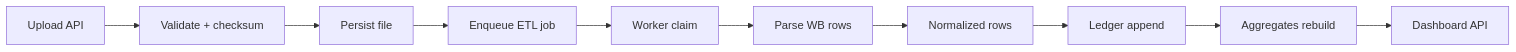
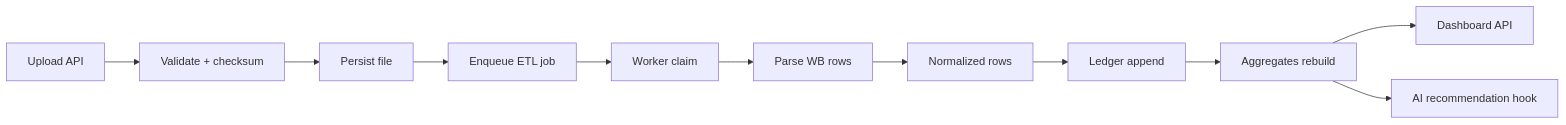
The first of 8 diagrams in README.md (zuzinamd-creator/AIplatform_for_marketplace_analytics), drawn with Mermaid before and after one commit. The commit also changed other lines of this file and 5 other files, not shown here.

````diff
--- a/README.md
+++ b/README.md
@@ -65,12 +95,13 @@
 ```mermaid
 flowchart LR
   A[Upload API] --> B[Validate + checksum]
   B --> C[Persist file]
   C --> D[Enqueue ETL job]
   D --> E[Worker claim]
   E --> F[Parse WB rows]
   F --> G[Normalized rows]
   G --> H[Ledger append]
   H --> I[Aggregates rebuild]
   I --> J[Dashboard API]
+  I --> K[AI recommendation hook]
 ```
````
